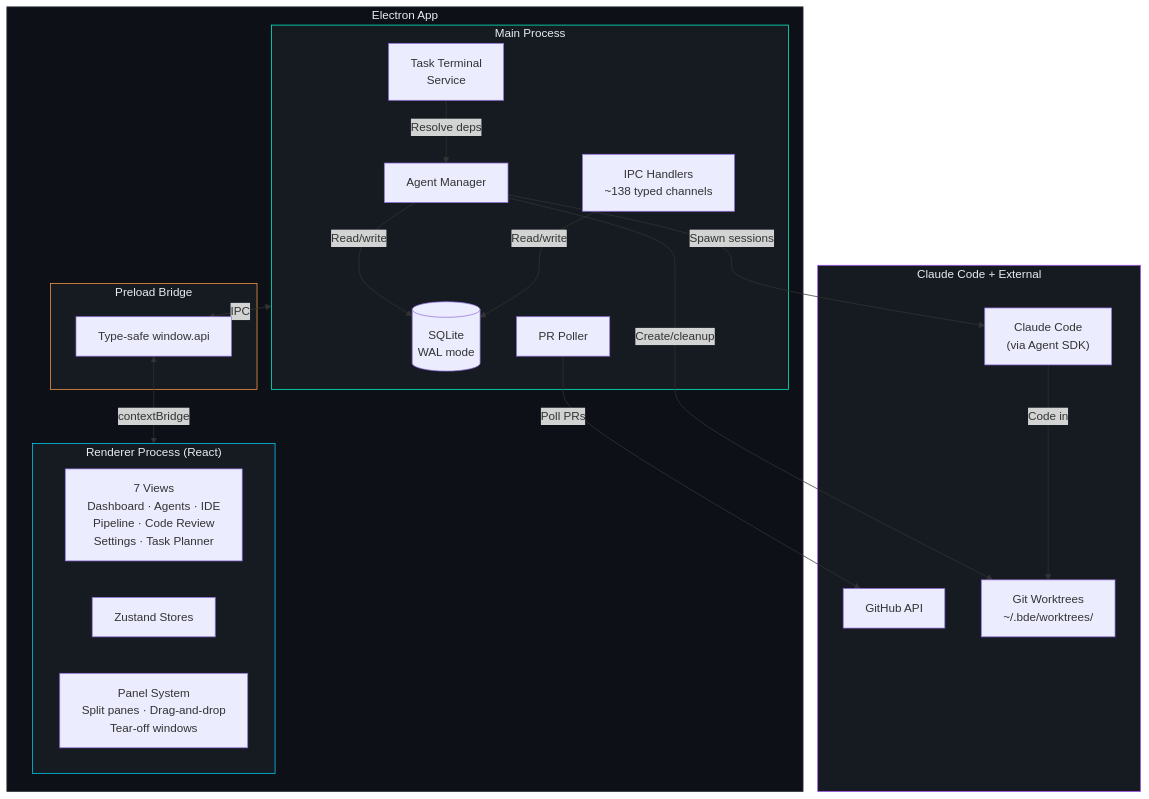
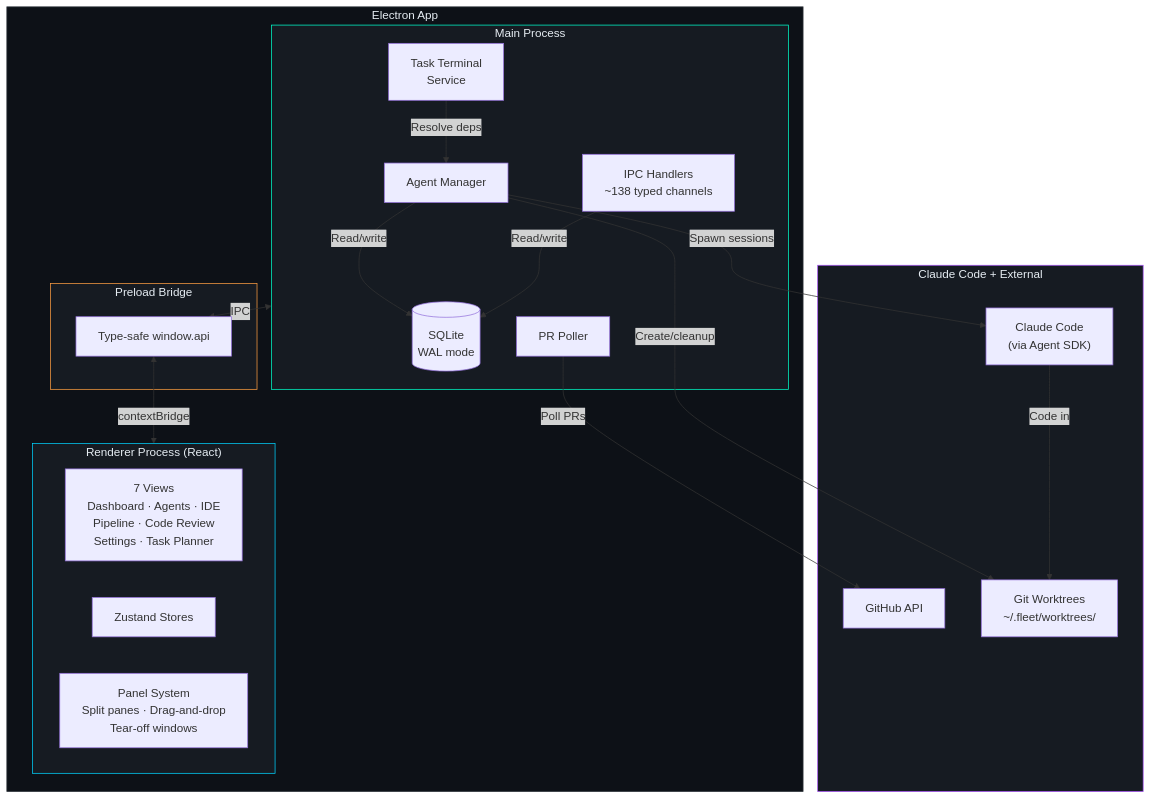
One commit to RyanJBirkeland/BDE changed the third of 4 diagrams in README.md. Above: the diagram before and after it, drawn with Mermaid. The commit also changed other lines of this file and 831 other files, not shown here.

Commit message:
chore: automated BDE→FLEET rename sweep

````diff
--- a/README.md
+++ b/README.md
@@ -229,45 +229,45 @@
 ```mermaid
 graph TB
     subgraph Electron["Electron App"]
         subgraph Main["Main Process"]
             AM[Agent Manager]
             DB[(SQLite<br/>WAL mode)]
             IPC[IPC Handlers<br/>~138 typed channels]
             PRP[PR Poller]
             TTS[Task Terminal<br/>Service]
         end
 
         subgraph Renderer["Renderer Process (React)"]
             Views["7 Views<br/>Dashboard · Agents · IDE<br/>Pipeline · Code Review<br/>Settings · Task Planner"]
             Stores[Zustand Stores]
             Panels[Panel System<br/>Split panes · Drag-and-drop<br/>Tear-off windows]
         end
 
         subgraph Preload["Preload Bridge"]
             Bridge[Type-safe window.api]
         end
     end
 
     subgraph External["Claude Code + External"]
         SDK["Claude Code
         (via Agent SDK)"]
         GH[GitHub API]
-        WT[Git Worktrees<br/>~/.bde/worktrees/]
+        WT[Git Worktrees<br/>~/.fleet/worktrees/]
     end
 
     Main <-->|IPC| Bridge
     Bridge <-->|contextBridge| Renderer
     AM -->|"Spawn sessions"| SDK
     AM -->|Create/cleanup| WT
     SDK -->|Code in| WT
     PRP -->|Poll PRs| GH
     AM -->|Read/write| DB
     IPC -->|Read/write| DB
     TTS -->|Resolve deps| AM
 
     style Electron fill:#0d1117,stroke:#30363d,color:#e6edf3
     style Main fill:#161b22,stroke:#00ffcc,color:#e6edf3
     style Renderer fill:#161b22,stroke:#00d4ff,color:#e6edf3
     style Preload fill:#161b22,stroke:#ff9f43,color:#e6edf3
     style External fill:#161b22,stroke:#a855f7,color:#e6edf3
 ```
````
